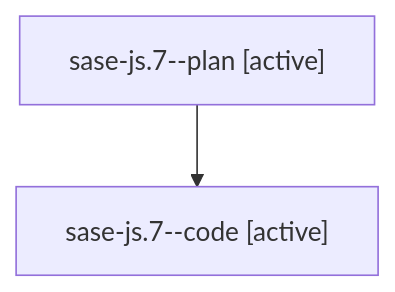
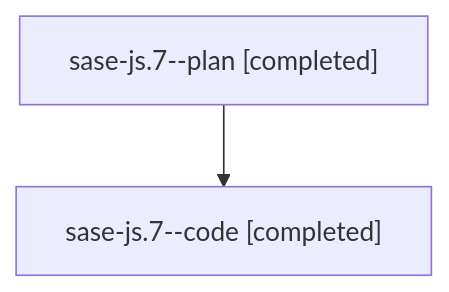
One commit to sase-org/sase--agents changed the diagram in families/bbugyi200.athena.sase-js.7.md. Above: the diagram before and after it, drawn with Mermaid. The commit also changed other lines of this file and 105 other files, not shown here.

````diff
--- a/families/bbugyi200.athena.sase-js.7.md
+++ b/families/bbugyi200.athena.sase-js.7.md
@@ -9,6 +9,6 @@
 ```mermaid
 flowchart TD
-  n0["sase-js.7--plan [active]"]
-  n1["sase-js.7--code [active]"]
+  n0["sase-js.7--plan [completed]"]
+  n1["sase-js.7--code [completed]"]
   n0 --> n1
 ```
````
